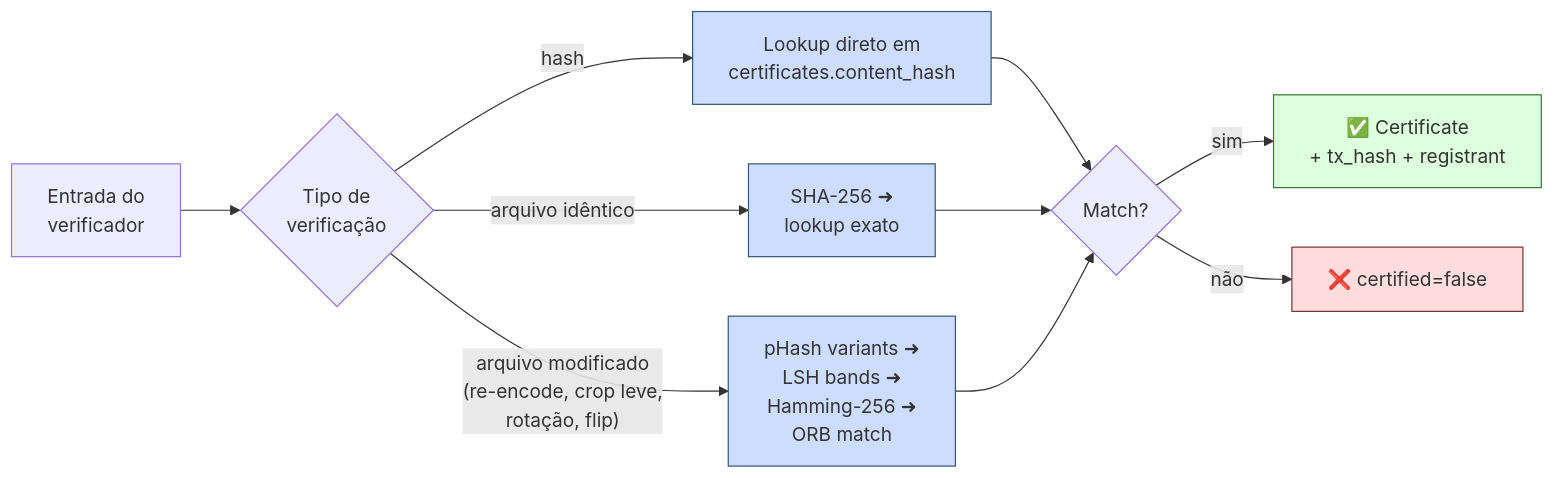
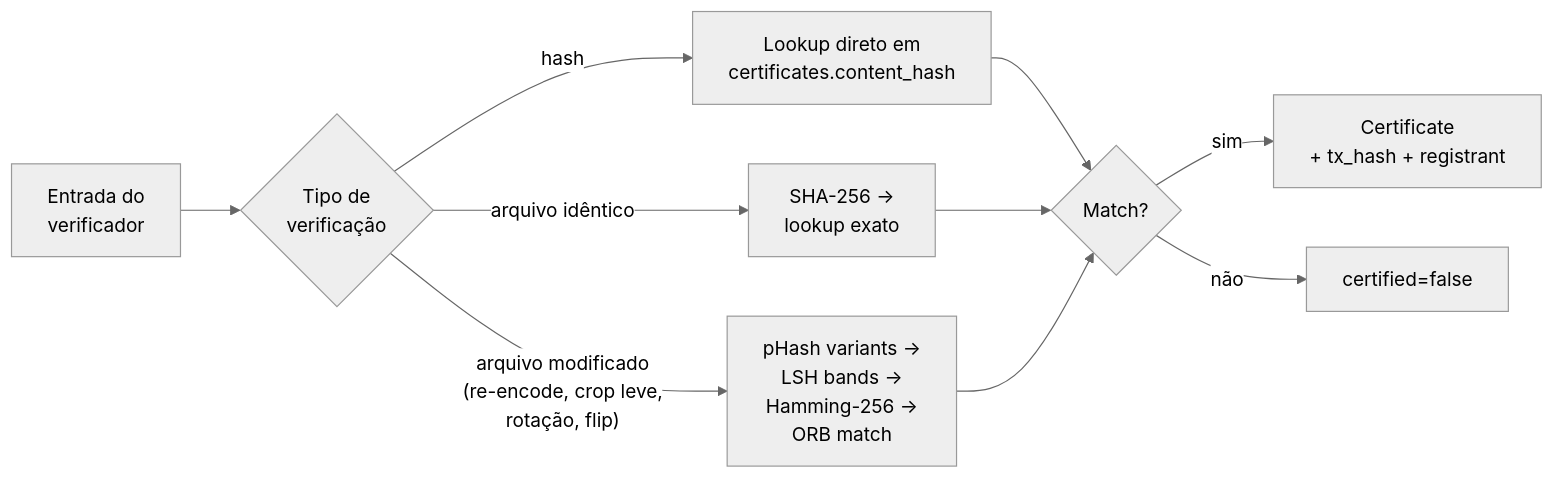
Before and after one commit to waizbart/aletheia-api: the third of 3 diagrams in docs/USAGE_FLOW.md, drawn with Mermaid. The commit also changed other lines of this file and 3 other files, not shown here.

First line of the commit message:
docs: rewrite README and clean diagrams

````diff
--- a/docs/USAGE_FLOW.md
+++ b/docs/USAGE_FLOW.md
@@ -70,23 +62,16 @@
 ```mermaid
-%%{init: {'theme': 'default'}}%%
+%%{init: {'theme': 'neutral'}}%%
 flowchart LR
     IN["Entrada do<br/>verificador"] --> MODE{Tipo de<br/>verificação}
 
     MODE -- "hash" --> M1["Lookup direto em<br/>certificates.content_hash"]
-    MODE -- "arquivo idêntico" --> M2["SHA-256 ➜<br/>lookup exato"]
-    MODE -- "arquivo modificado<br/>(re-encode, crop leve,<br/>rotação, flip)" --> M3["pHash variants ➜<br/>LSH bands ➜<br/>Hamming-256 ➜<br/>ORB match"]
+    MODE -- "arquivo idêntico" --> M2["SHA-256 →<br/>lookup exato"]
+    MODE -- "arquivo modificado<br/>(re-encode, crop leve,<br/>rotação, flip)" --> M3["pHash variants →<br/>LSH bands →<br/>Hamming-256 →<br/>ORB match"]
 
     M1 --> OUT{Match?}
     M2 --> OUT
     M3 --> OUT
 
-    OUT -- sim --> R1["✅ Certificate<br/>+ tx_hash + registrant"]
-    OUT -- não --> R2["❌ certified=false"]
-
-    classDef mode fill:#cdf,stroke:#357
-    classDef ok fill:#dfd,stroke:#373
-    classDef bad fill:#fdd,stroke:#733
-    class M1,M2,M3 mode
-    class R1 ok
-    class R2 bad
+    OUT -- sim --> R1["Certificate<br/>+ tx_hash + registrant"]
+    OUT -- não --> R2["certified=false"]
 ```
````
